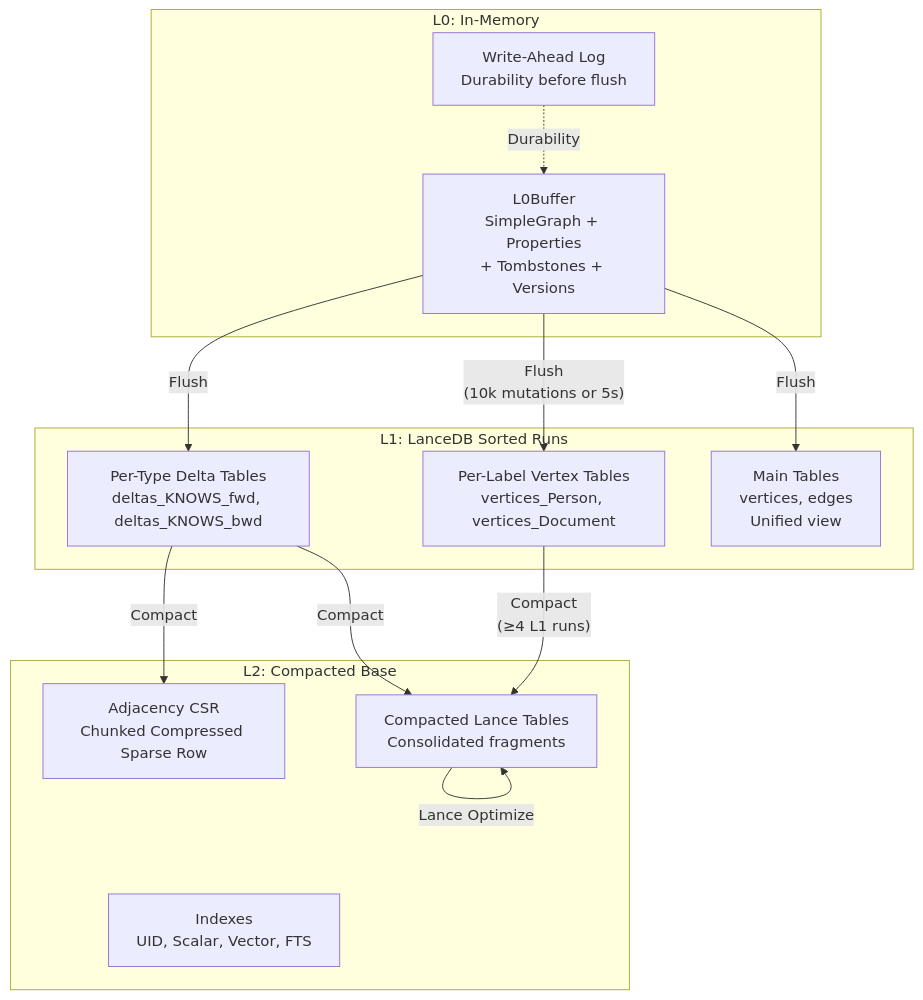
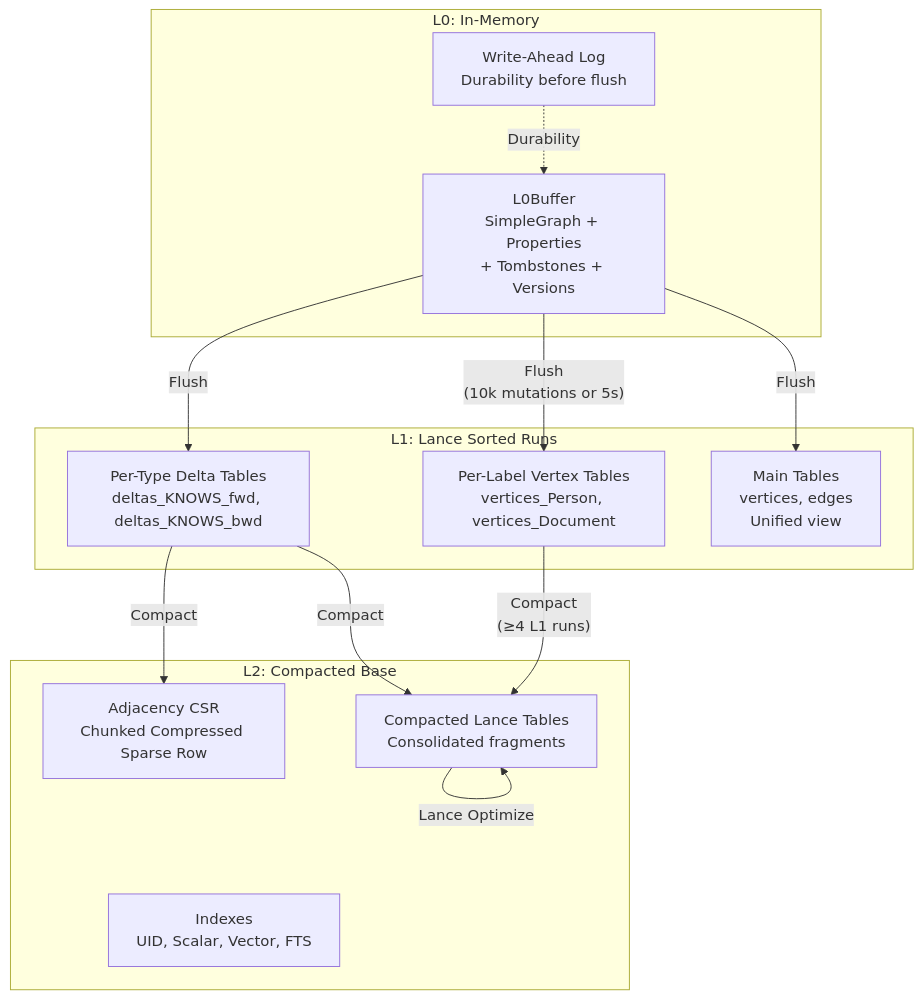
One commit to milliondreams/uni-db changed the tenth of 34 diagrams in docs/UNI_BLACK_BOOK.md. Above: the diagram before and after it, drawn with Mermaid. The commit also changed other lines of this file and 77 other files, not shown here.

````diff
--- a/docs/UNI_BLACK_BOOK.md
+++ b/docs/UNI_BLACK_BOOK.md
@@ -1019,30 +1019,30 @@
 ```mermaid
 graph TB
     subgraph "L0: In-Memory"
         L0B[L0Buffer<br/>SimpleGraph + Properties<br/>+ Tombstones + Versions]
         WAL[Write-Ahead Log<br/>Durability before flush]
     end
 
-    subgraph "L1: LanceDB Sorted Runs"
+    subgraph "L1: Lance Sorted Runs"
         VT[Per-Label Vertex Tables<br/>vertices_Person, vertices_Document]
         DT[Per-Type Delta Tables<br/>deltas_KNOWS_fwd, deltas_KNOWS_bwd]
         MT[Main Tables<br/>vertices, edges<br/>Unified view]
     end
 
     subgraph "L2: Compacted Base"
         CSR[Adjacency CSR<br/>Chunked Compressed Sparse Row]
         BT[Compacted Lance Tables<br/>Consolidated fragments]
         IX[Indexes<br/>UID, Scalar, Vector, FTS]
     end
 
     L0B -->|"Flush<br/>(10k mutations or 5s)"| VT
     L0B -->|"Flush"| DT
     L0B -->|"Flush"| MT
     WAL -.->|"Durability"| L0B
 
     VT -->|"Compact<br/>(≥4 L1 runs)"| BT
     DT -->|"Compact"| CSR
     DT -->|"Compact"| BT
 
     BT -->|"Lance Optimize"| BT
 ```
````
